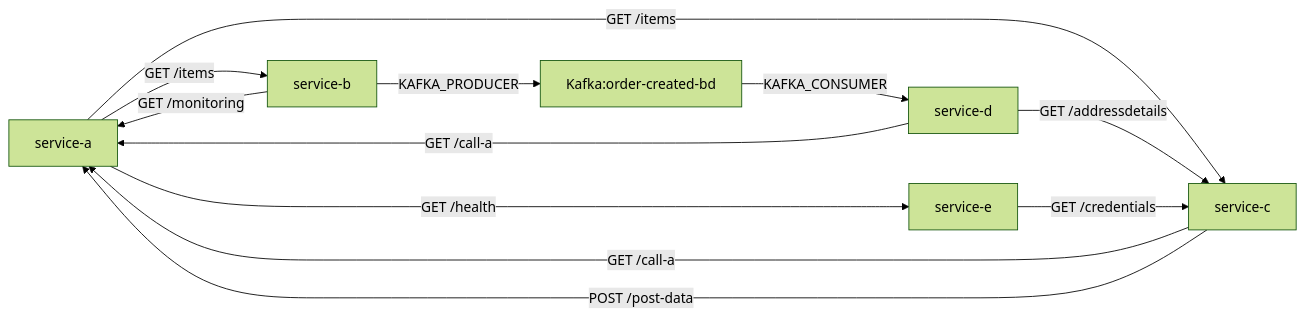
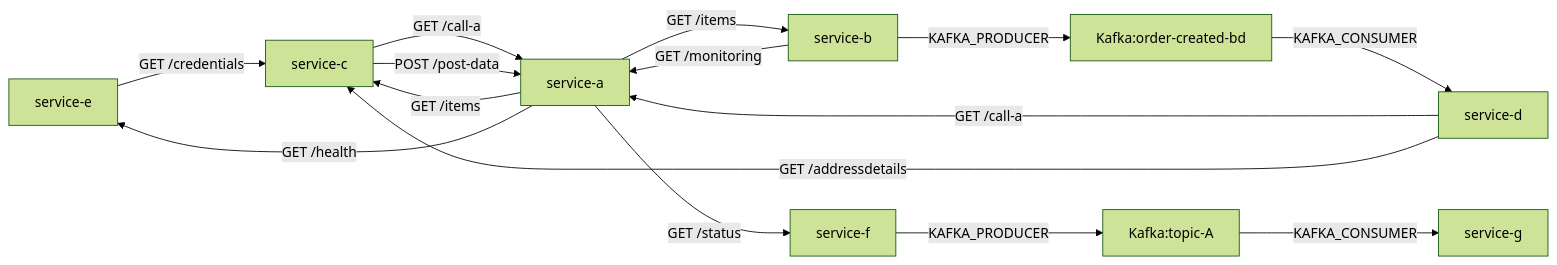
One commit to lokesh0507/First_project changed the diagram in output/deps.md. Above: the diagram before and after it, drawn with Mermaid (forest theme). The commit also changed 1 other file, not shown here.

Commit message:
Auto-update dependency graph

````diff
--- a/output/deps.md
+++ b/output/deps.md
@@ -1,14 +1,17 @@
 ```mermaid
 graph LR
+  service-e -->|GET /credentials| service-c
+  service-d -->|GET /call-a| service-a
+  service-d -->|GET /addressdetails| service-c
+  Kafka:order-created-bd -->|KAFKA_CONSUMER| service-d
   service-a -->|GET /items| service-b
   service-a -->|GET /items| service-c
   service-a -->|GET /health| service-e
+  service-a -->|GET /status| service-f
+  service-c -->|GET /call-a| service-a
+  service-c -->|POST /post-data| service-a
   service-b -->|GET /monitoring| service-a
   service-b -->|KAFKA_PRODUCER| Kafka:order-created-bd
-  service-c -->|GET /call-a| service-a
-  service-c -->|POST /post-data| service-a
-  service-d -->|GET /call-a| service-a
-  service-d -->|GET /addressdetails| service-c
-  Kafka:order-created-bd -->|KAFKA_CONSUMER| service-d
-  service-e -->|GET /credentials| service-c
+  Kafka:topic-A -->|KAFKA_CONSUMER| service-g
+  service-f -->|KAFKA_PRODUCER| Kafka:topic-A
 ```
````
